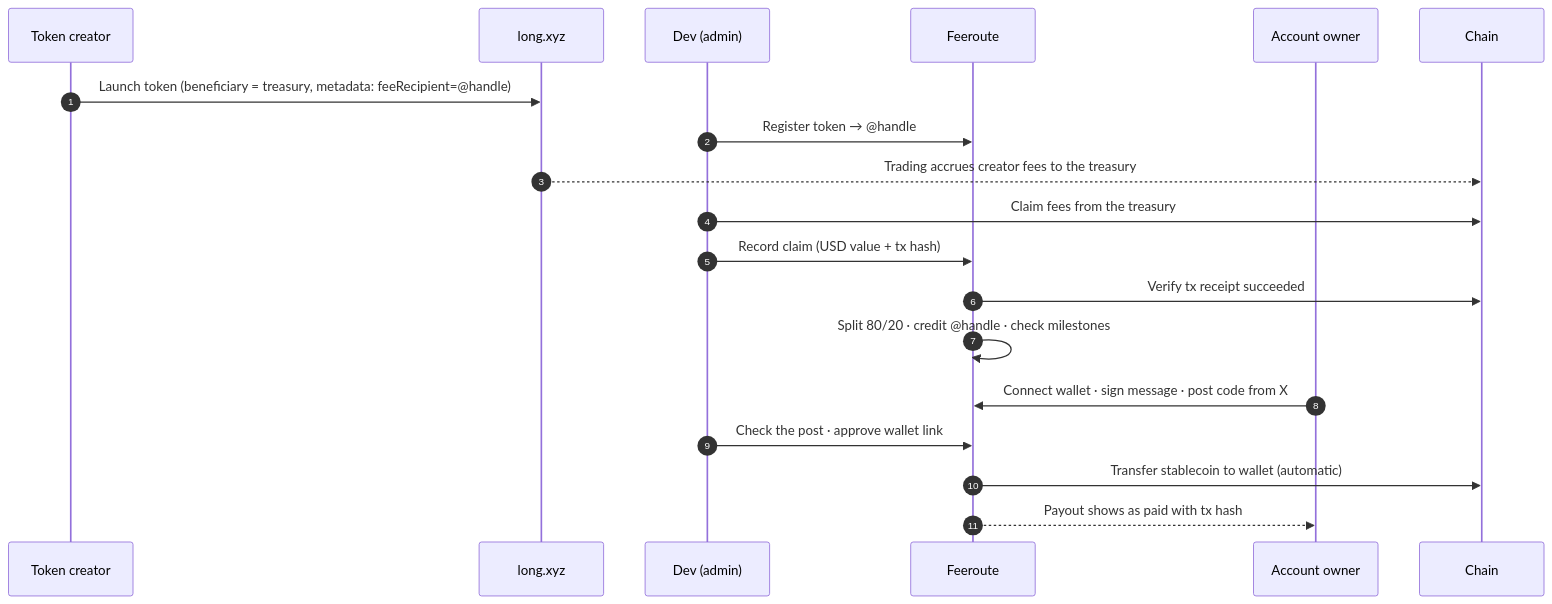
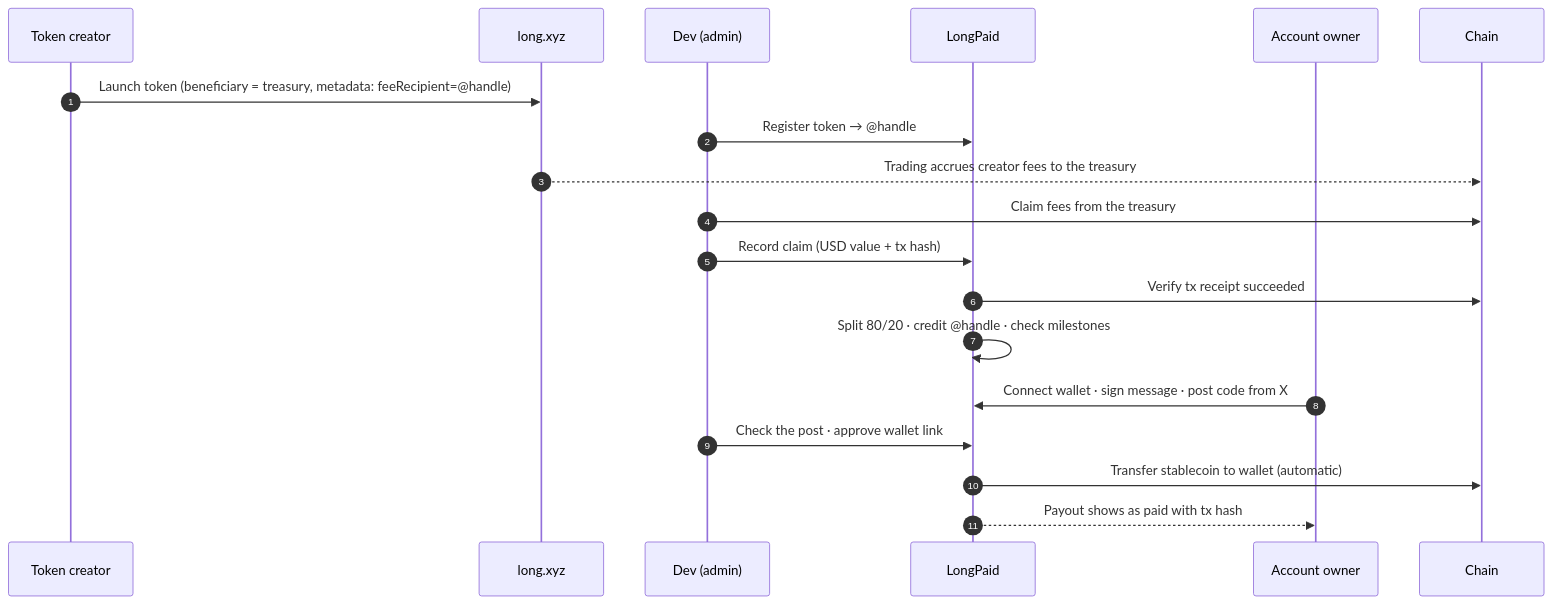
One commit to uselongpaid/uselongpaid changed the first of 2 diagrams in README.md. Above: the diagram before and after it, drawn with Mermaid. The commit also changed other lines of this file and 8 other files, not shown here.

First line of the commit message:
Rename the project to LongPaid

````diff
--- a/README.md
+++ b/README.md
@@ -53,22 +53,22 @@
 ```mermaid
 sequenceDiagram
     autonumber
     participant C as Token creator
     participant L as long.xyz
     participant D as Dev (admin)
-    participant F as Feeroute
+    participant F as LongPaid
     participant X as Account owner
     participant B as Chain
 
     C->>L: Launch token (beneficiary = treasury, metadata: feeRecipient=@handle)
     D->>F: Register token → @handle
     L-->>B: Trading accrues creator fees to the treasury
     D->>B: Claim fees from the treasury
     D->>F: Record claim (USD value + tx hash)
     F->>B: Verify tx receipt succeeded
     F->>F: Split 80/20 · credit @handle · check milestones
     X->>F: Connect wallet · sign message · post code from X
     D->>F: Check the post · approve wallet link
     F->>B: Transfer stablecoin to wallet (automatic)
     F-->>X: Payout shows as paid with tx hash
 ```
````
